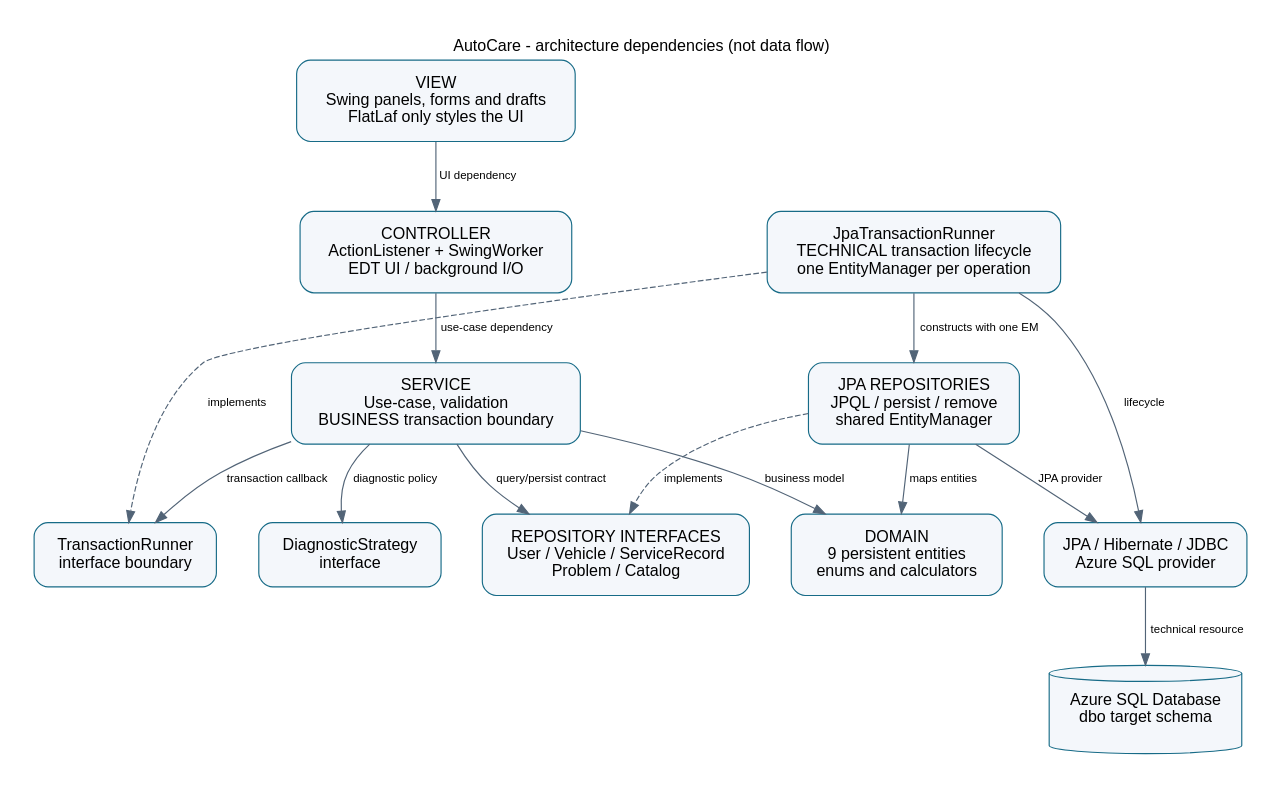
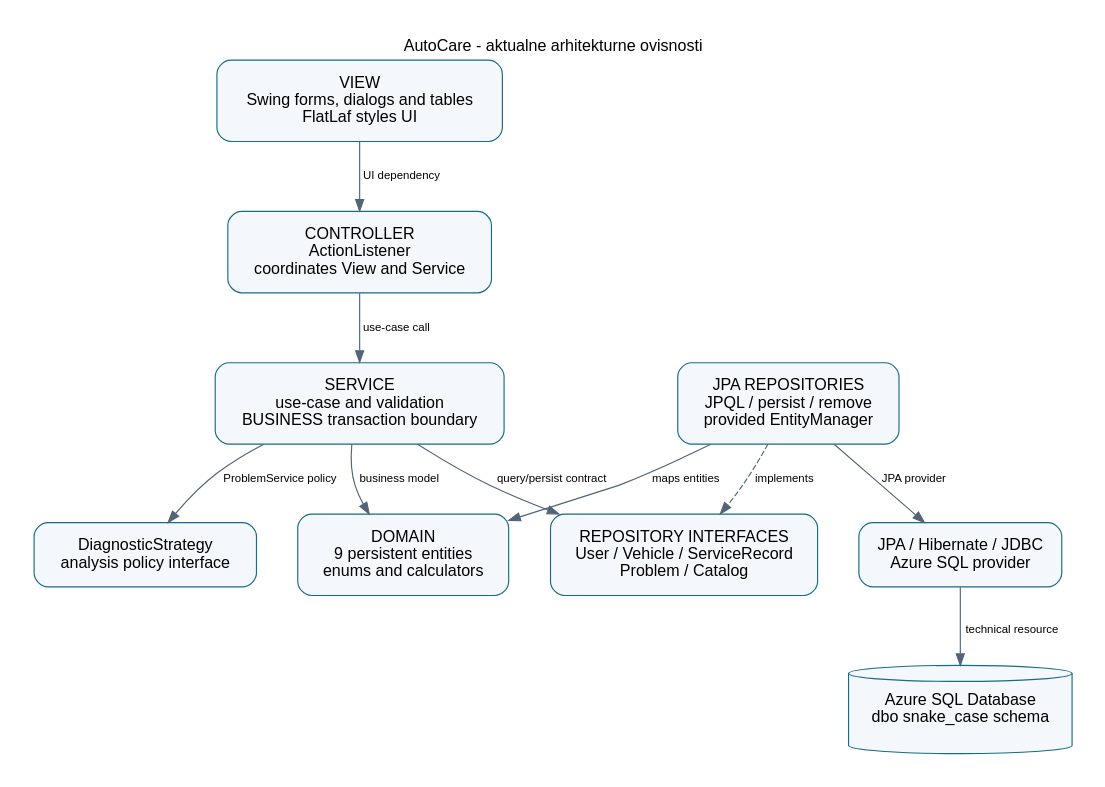
Before and after one commit to KarloLerga/AutoCare: the diagram in docs/architecture.dot, drawn with Graphviz. The commit also changed 31 other files, not shown here.

```diff
--- a/docs/architecture.dot
+++ b/docs/architecture.dot
@@ -1,47 +1,25 @@
 digraph AutoCareArchitecture {
-    graph [
-        rankdir=TB,
-        bgcolor="white",
-        pad="0.3",
-        nodesep="0.5",
-        ranksep="0.7",
-        fontname="Helvetica",
-        label="AutoCare - architecture dependencies (not data flow)",
-        labelloc=t
-    ];
-    node [
-        fontname="Helvetica",
-        shape=box,
-        style="rounded,filled",
-        fillcolor="#F4F7FB",
-        color="#176B87",
-        margin="0.18"
-    ];
+    graph [rankdir=TB, bgcolor="white", pad="0.3", nodesep="0.5", ranksep="0.7", fontname="Helvetica", label="AutoCare - aktualne arhitekturne ovisnosti", labelloc=t];
+    node [fontname="Helvetica", shape=box, style="rounded,filled", fillcolor="#F4F7FB", color="#176B87", margin="0.18"];
     edge [fontname="Helvetica", fontsize=10, color="#526477"];
 
-    view [label="VIEW\nSwing panels, forms and drafts\nFlatLaf only styles the UI"];
-    controller [label="CONTROLLER\nActionListener + SwingWorker\nEDT UI / background I/O"];
-    service [label="SERVICE\nUse-case, validation\nBUSINESS transaction boundary"];
+    view [label="VIEW\nSwing forms, dialogs and tables\nFlatLaf styles UI"];
+    controller [label="CONTROLLER\nActionListener\ncoordinates View and Service"];
+    service [label="SERVICE\nuse-case and validation\nBUSINESS transaction boundary"];
     domain [label="DOMAIN\n9 persistent entities\nenums and calculators"];
     repositories [label="REPOSITORY INTERFACES\nUser / Vehicle / ServiceRecord\nProblem / Catalog"];
-    transaction [label="TransactionRunner\ninterface boundary"];
-    strategy [label="DiagnosticStrategy\ninterface"];
-    jpaTransaction [label="JpaTransactionRunner\nTECHNICAL transaction lifecycle\none EntityManager per operation"];
-    jpaRepositories [label="JPA REPOSITORIES\nJPQL / persist / remove\nshared EntityManager"];
+    jpaRepositories [label="JPA REPOSITORIES\nJPQL / persist / remove\nprovided EntityManager"];
+    strategy [label="DiagnosticStrategy\nanalysis policy interface"];
     infrastructure [label="JPA / Hibernate / JDBC\nAzure SQL provider"];
-    database [shape=cylinder, label="Azure SQL Database\ndbo target schema"];
+    database [shape=cylinder, label="Azure SQL Database\ndbo snake_case schema"];
 
     view -> controller [label="UI dependency"];
-    controller -> service [label="use-case dependency"];
+    controller -> service [label="use-case call"];
     service -> domain [label="business model"];
     service -> repositories [label="query/persist contract"];
-    service -> transaction [label="transaction callback"];
-    service -> strategy [label="diagnostic policy"];
-    jpaTransaction -> transaction [style=dashed, label="implements"];
-    jpaTransaction -> jpaRepositories [label="constructs with one EM"];
+    service -> strategy [label="ProblemService policy"];
     jpaRepositories -> repositories [style=dashed, label="implements"];
     jpaRepositories -> domain [label="maps entities"];
-    jpaTransaction -> infrastructure [label="lifecycle"];
     jpaRepositories -> infrastructure [label="JPA provider"];
     infrastructure -> database [label="technical resource"];
 }
```
